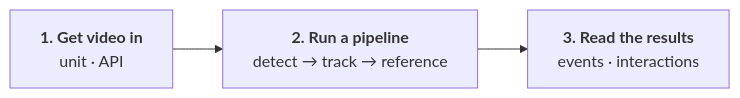
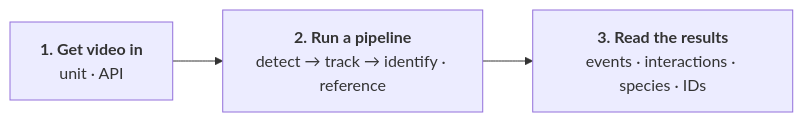
Before and after one commit to eai6/BeeMonitor: the diagram in docs/get-started.md, drawn with Mermaid. The commit also changed other lines of this file, not shown here.

First line of the commit message:
Docs: Get started - an Identify stage (species, individual IDs) and tracker choice

````diff
--- a/docs/get-started.md
+++ b/docs/get-started.md
@@ -6,5 +6,5 @@
 ```mermaid
 flowchart LR
-  S["<b>1. Get video in</b><br/>unit · API"] --> P["<b>2. Run a pipeline</b><br/>detect → track → reference"]
-  P --> R["<b>3. Read the results</b><br/>events · interactions"]
+  S["<b>1. Get video in</b><br/>unit · API"] --> P["<b>2. Run a pipeline</b><br/>detect → track → identify · reference"]
+  P --> R["<b>3. Read the results</b><br/>events · interactions · species · IDs"]
 ```
````
